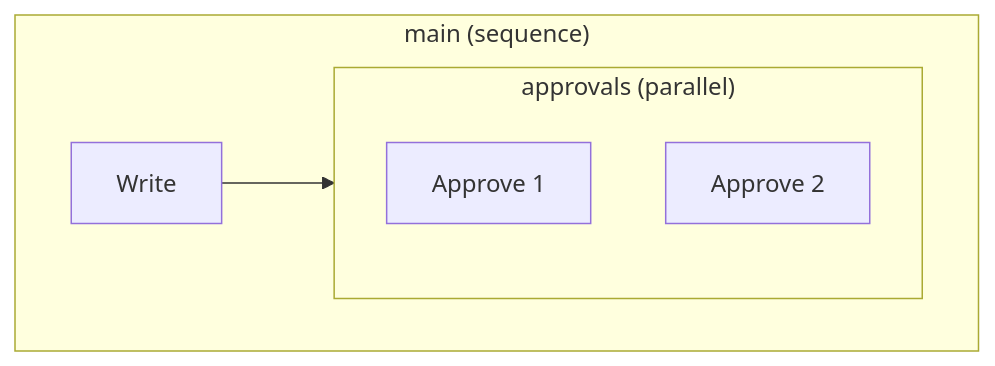
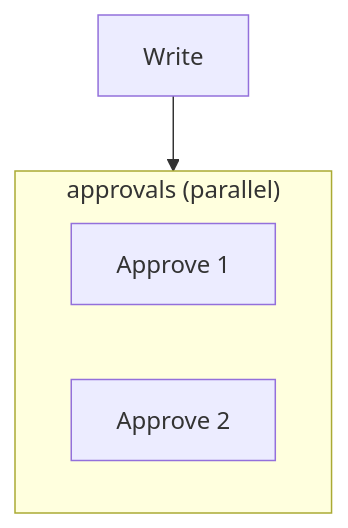
One commit to AelasticS/Synthesis changed the third of 4 diagrams in apps/docs/docs/developer-guide/examples/workflow.md. Above: the diagram before and after it, drawn with Mermaid. The commit also changed other lines of this file and 13 other files, not shown here.

````diff
--- a/apps/docs/docs/developer-guide/examples/workflow.md
+++ b/apps/docs/docs/developer-guide/examples/workflow.md
@@ -125,11 +514,9 @@
 ```mermaid
 flowchart TD
-  subgraph main["main (sequence)"]
-    Write["Write"]
-    subgraph approvals["approvals (parallel)"]
-      Approve_1["Approve 1"]
-      Approve_2["Approve 2"]
-    end
-    Write --> approvals
+  Write["Write"]
+  subgraph approvals["approvals (parallel)"]
+    Approve_1["Approve 1"]
+    Approve_2["Approve 2"]
   end
+  Write --> approvals
 ```
````
